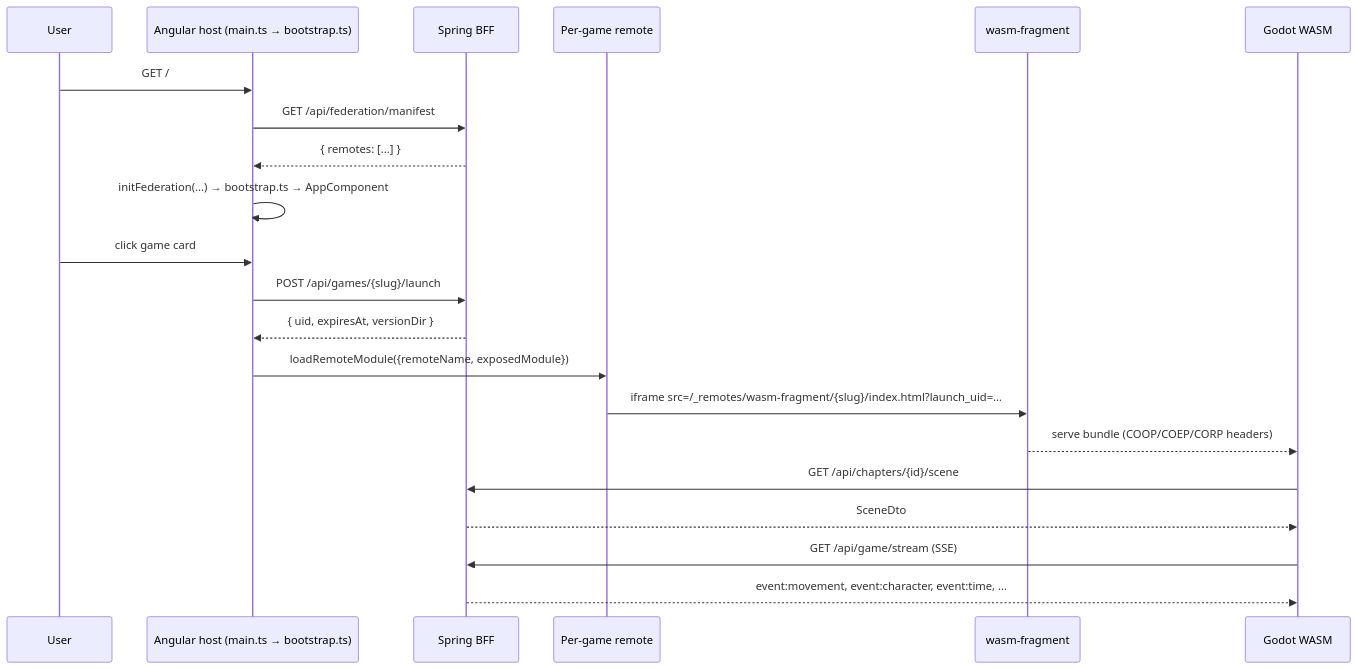
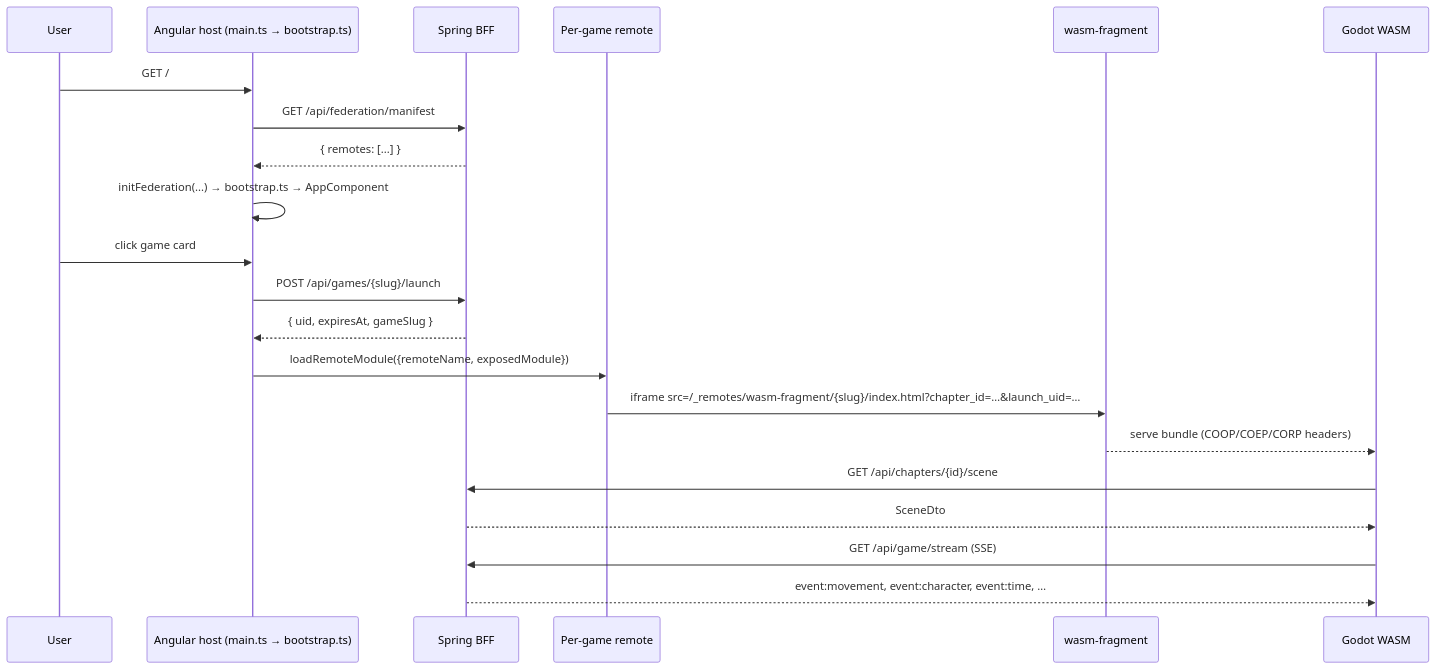
Before and after one commit to hugmesh/hugmesh-games: the second of 4 diagrams in docs/wiki/architecture/02-runtime.md, drawn with Mermaid. The commit also changed other lines of this file, not shown here.

Commit message:
docs(architecture): 02 runtime: fix launch response, remotes table, relay path and SSE details

````diff
--- a/docs/wiki/architecture/02-runtime.md
+++ b/docs/wiki/architecture/02-runtime.md
@@ -64,23 +64,23 @@
 ```mermaid
 sequenceDiagram
     participant U as User
     participant Host as Angular host (main.ts → bootstrap.ts)
     participant BFF as Spring BFF
     participant Remote as Per-game remote
     participant WF as wasm-fragment
     participant Godot as Godot WASM
     U->>Host: GET /
     Host->>BFF: GET /api/federation/manifest
     BFF-->>Host: { remotes: [...] }
     Host->>Host: initFederation(...) → bootstrap.ts → AppComponent
     U->>Host: click game card
     Host->>BFF: POST /api/games/{slug}/launch
-    BFF-->>Host: { uid, expiresAt, versionDir }
+    BFF-->>Host: { uid, expiresAt, gameSlug }
     Host->>Remote: loadRemoteModule({remoteName, exposedModule})
-    Remote->>WF: iframe src=/_remotes/wasm-fragment/{slug}/index.html?launch_uid=…
+    Remote->>WF: iframe src=/_remotes/wasm-fragment/{slug}/index.html?chapter_id=…&launch_uid=…
     WF-->>Godot: serve bundle (COOP/COEP/CORP headers)
     Godot->>BFF: GET /api/chapters/{id}/scene
     BFF-->>Godot: SceneDto
     Godot->>BFF: GET /api/game/stream  (SSE)
     BFF-->>Godot: event:movement, event:character, event:time, …
 ```
````
